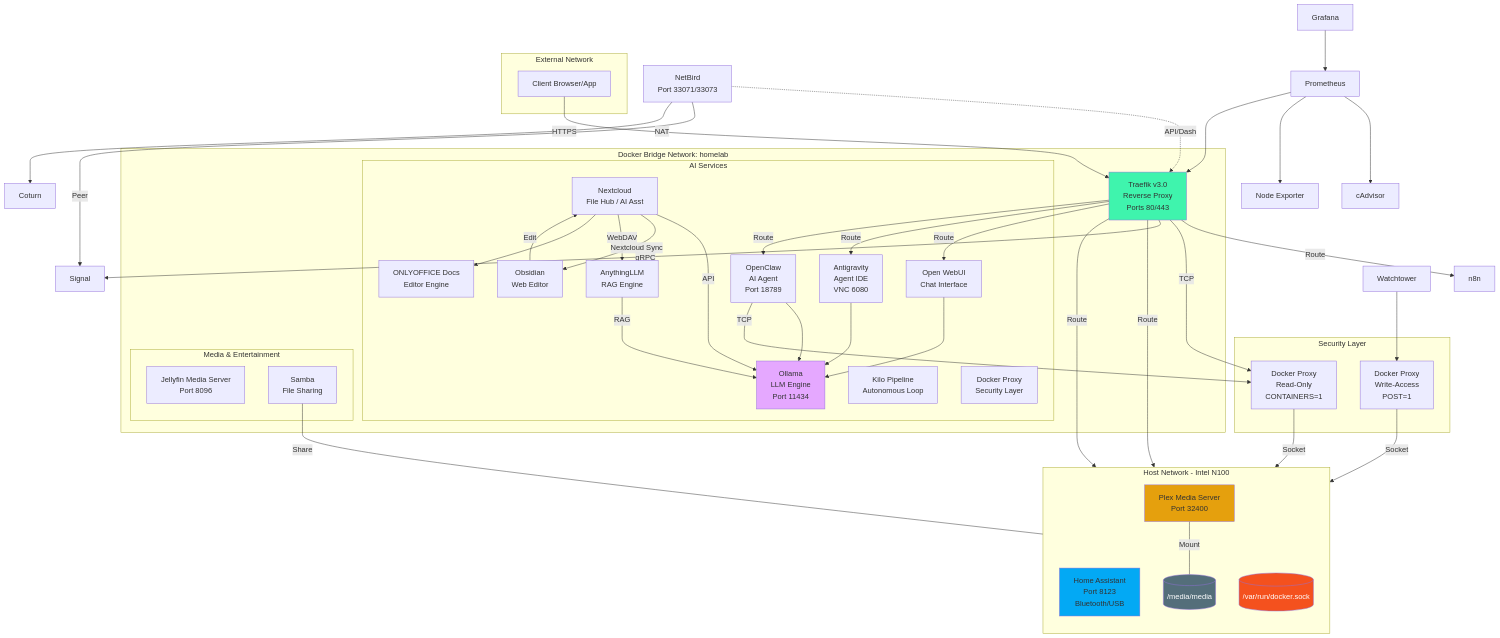
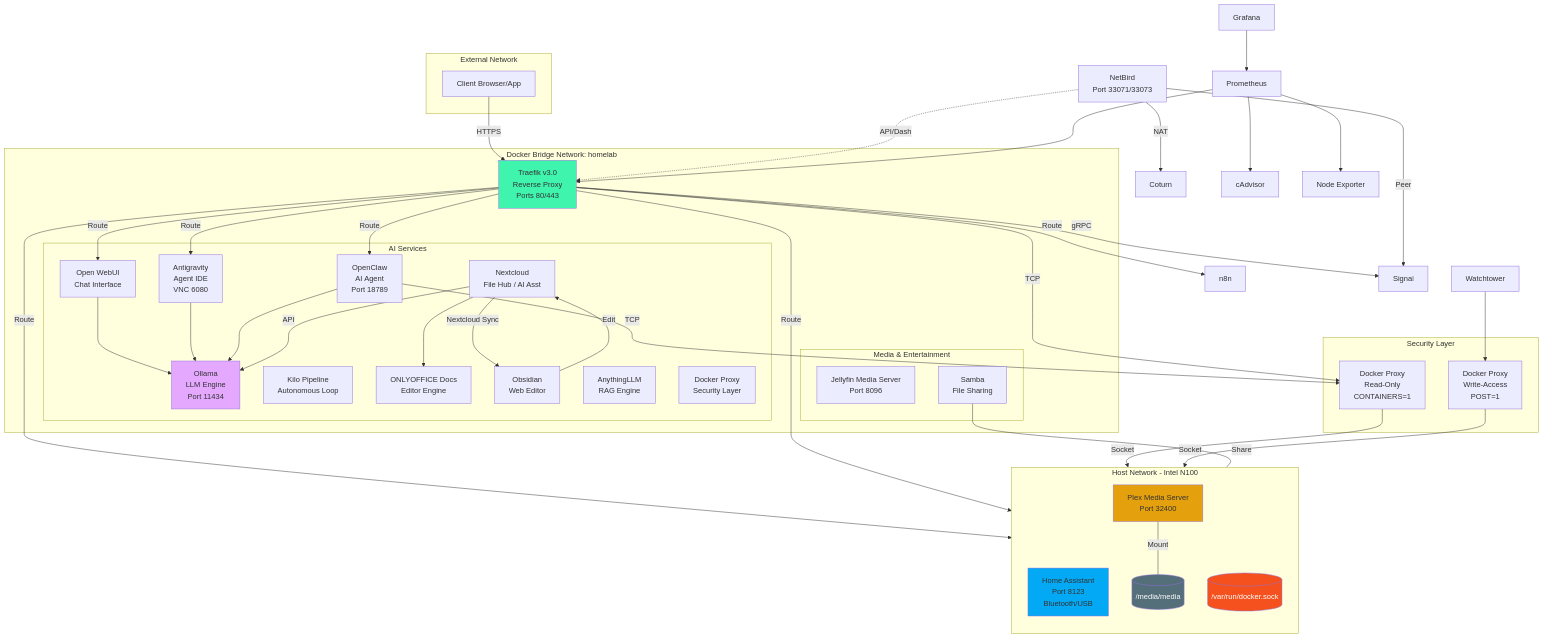
One commit to oweibor/homelab changed the diagram in README.md. Above: the diagram before and after it, drawn with Mermaid. The commit also changed other lines of this file and 4 other files, not shown here.

```diff
--- a/README.md
+++ b/README.md
@@ -248,9 +249,7 @@
     OpenClaw --> Ollama
     Nextcloud -->|API| Ollama
     Nextcloud -->|Nextcloud Sync| Obsidian
-    Nextcloud -->|WebDAV| AnythingLLM
     Obsidian -->|Edit| Nextcloud
-    AnythingLLM -->|RAG| Ollama
     Nextcloud --> OnlyOffice
     
     %% System Integrations
```
